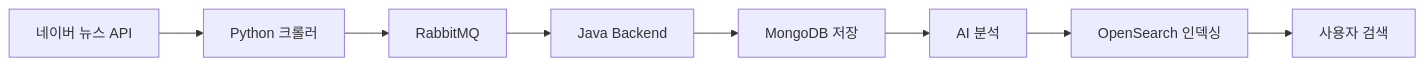
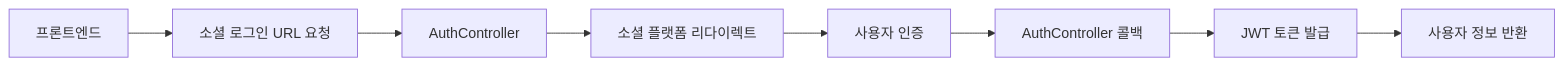
The diagram in docs/API_OVERVIEW.md (Fact-tory/BE), drawn with Mermaid before and after one commit. The commit also changed other lines of this file and 6 other files, not shown here.

````diff
--- a/docs/API_OVERVIEW.md
+++ b/docs/API_OVERVIEW.md
@@ -54,10 +214,10 @@
 ```mermaid
 graph LR
-    A[네이버 뉴스 API] --> B[Python 크롤러]
-    B --> C[RabbitMQ] 
-    C --> D[Java Backend]
-    D --> E[MongoDB 저장]
-    E --> F[AI 분석]
-    F --> G[OpenSearch 인덱싱]
-    G --> H[사용자 검색]
+    A[프론트엔드] --> B[소셜 로그인 URL 요청]
+    B --> C[AuthController]
+    C --> D[소셜 플랫폼 리다이렉트]
+    D --> E[사용자 인증]
+    E --> F[AuthController 콜백]
+    F --> G[JWT 토큰 발급]
+    G --> H[사용자 정보 반환]
 ```
````
